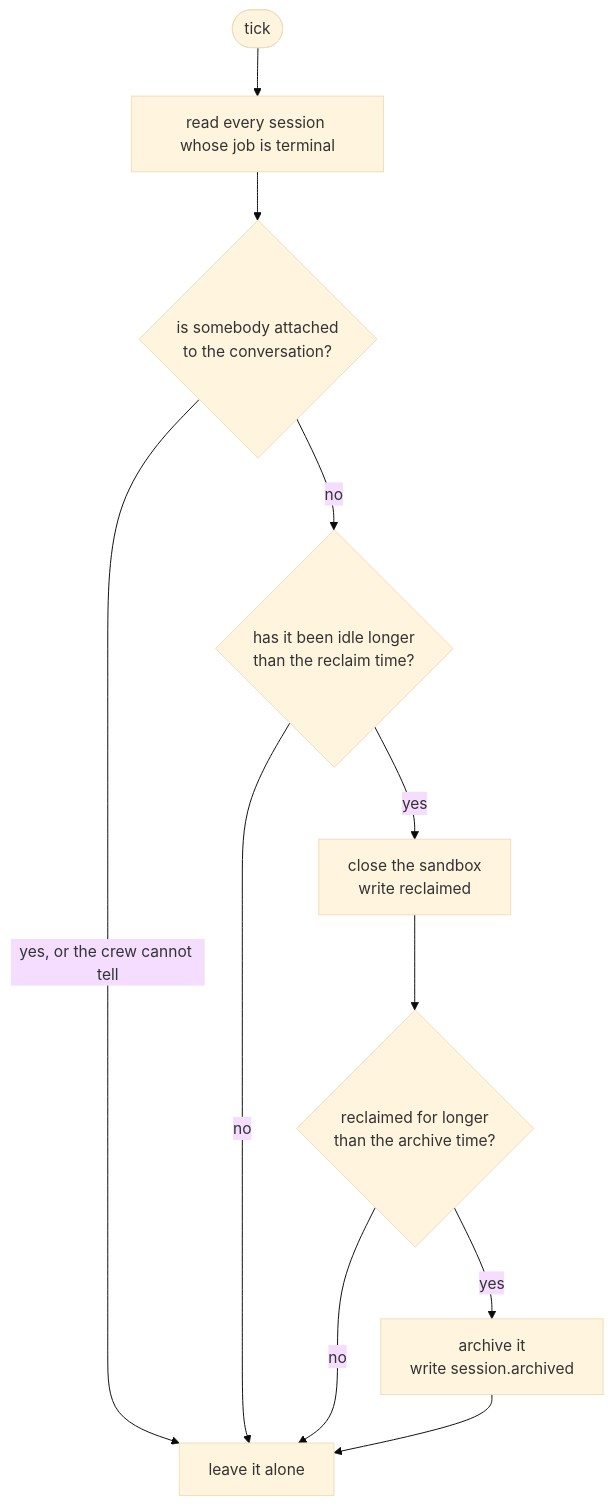
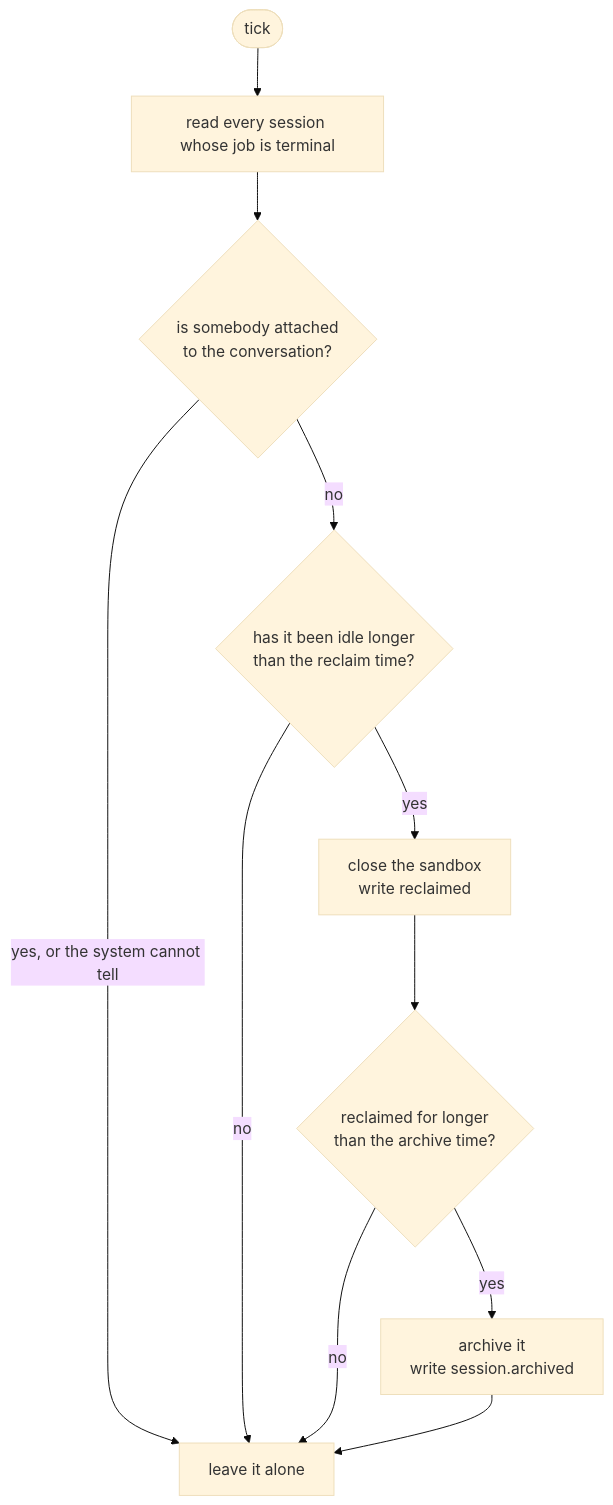
Before and after one commit to atlantic-blue/quay-crew: diagram 12 of 19 in docs/ORCHESTRATION.md, drawn with Mermaid (base theme). The commit also changed other lines of this file and 496 other files, not shown here.

````diff
--- a/docs/ORCHESTRATION.md
+++ b/docs/ORCHESTRATION.md
@@ -1970,13 +1970,13 @@
 ```mermaid
 flowchart TD
     TICK(["tick"]) --> READ["read every session whose job is terminal"]
     READ --> ATTACHED{"is somebody attached<br/>to the conversation?"}
-    ATTACHED -->|"yes, or the crew cannot tell"| LEAVE["leave it alone"]
+    ATTACHED -->|"yes, or the system cannot tell"| LEAVE["leave it alone"]
     ATTACHED -->|"no"| RECLAIM{"has it been idle longer<br/>than the reclaim time?"}
     RECLAIM -->|"no"| LEAVE
     RECLAIM -->|"yes"| CLOSE["close the sandbox<br/>write reclaimed"]
     CLOSE --> AGE{"reclaimed for longer<br/>than the archive time?"}
     AGE -->|"no"| LEAVE
     AGE -->|"yes"| FILE["archive it<br/>write session.archived"]
     FILE --> LEAVE
 ```
````
